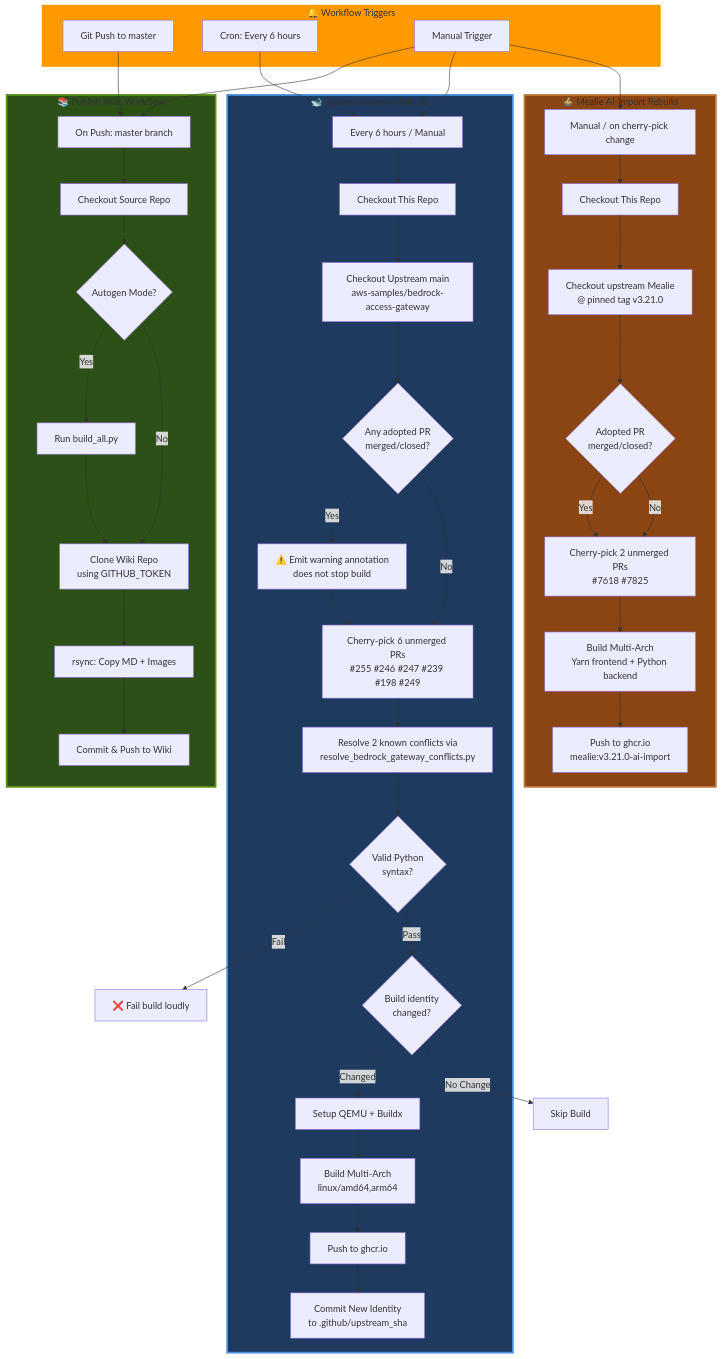
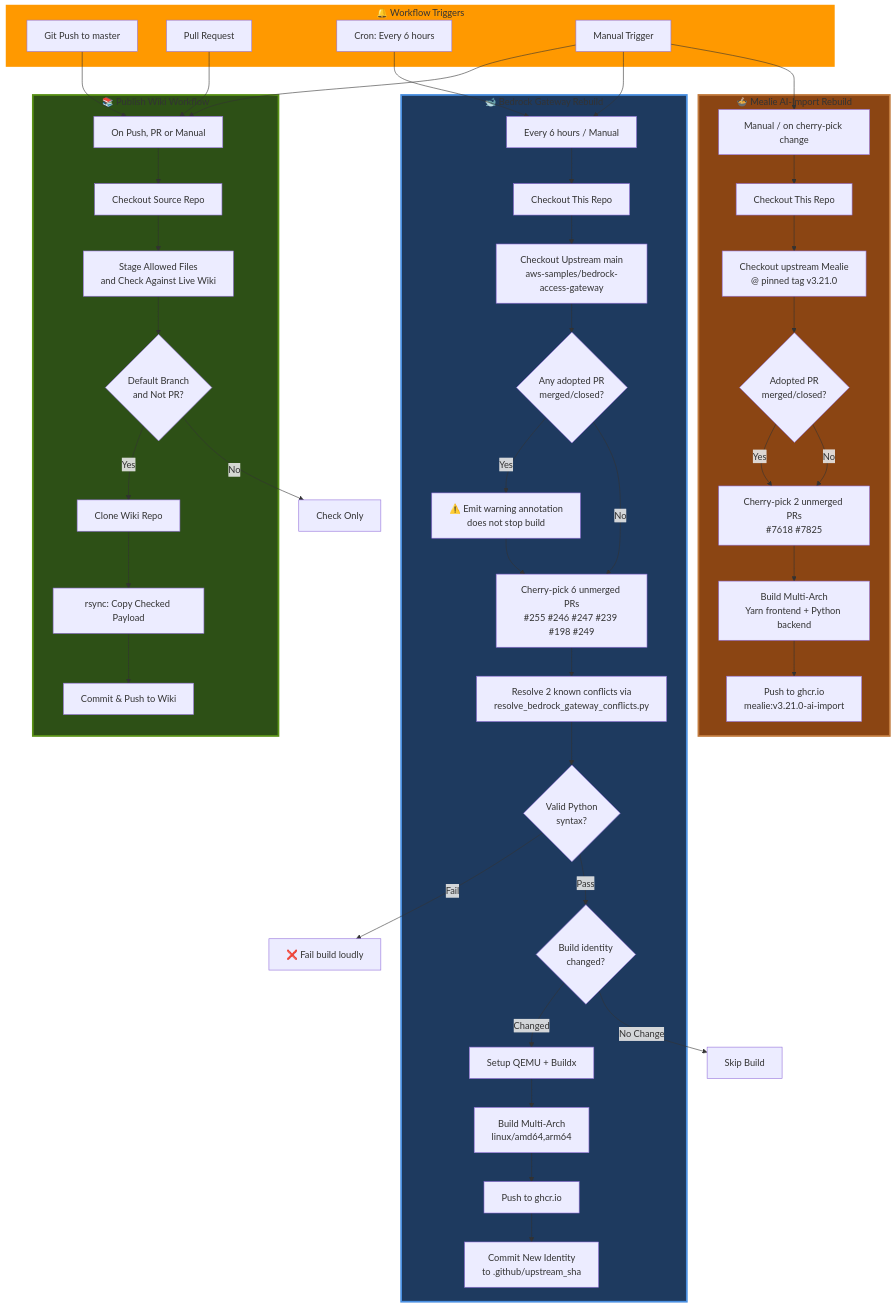
Before and after one commit to seadogger-tech/seadogger-homelab: the first of 5 diagrams in docs/wiki/15-CI-CD-and-GitHub-Actions.md, drawn with Mermaid. The commit also changed other lines of this file and 7 other files, not shown here.

Commit message:
ci(core): publish only checked wiki payload

```diff
--- a/docs/wiki/15-CI-CD-and-GitHub-Actions.md
+++ b/docs/wiki/15-CI-CD-and-GitHub-Actions.md
@@ -22,17 +22,18 @@
 graph TB
     subgraph Triggers["🔔 Workflow Triggers"]
         Push[Git Push to master]
+        PR[Pull Request]
         Schedule[Cron: Every 6 hours]
         Manual[Manual Trigger]
     end
 
     subgraph WikiFlow["📚 Publish Wiki Workflow"]
-        WikiTrigger[On Push: master branch]
+        WikiTrigger[On Push, PR or Manual]
         Checkout1[Checkout Source Repo]
-        BuildCheck{Autogen Mode?}
-        BuildScript[Run build_all.py]
-        CloneWiki[Clone Wiki Repo<br/>using GITHUB_TOKEN]
-        Rsync[rsync: Copy MD + Images]
+        Preflight[Stage Allowed Files<br/>and Check Against Live Wiki]
+        PublishCheck{Default Branch<br/>and Not PR?}
+        CloneWiki[Clone Wiki Repo]
+        Rsync[rsync: Copy Checked Payload]
         CommitWiki[Commit & Push to Wiki]
     end
 
@@ -63,16 +64,17 @@
     end
 
     Push --> WikiTrigger
+    PR --> WikiTrigger
     Manual --> WikiTrigger
     Schedule --> BedrockTrigger
     Manual --> BedrockTrigger
     Manual --> MealieTrigger
 
     WikiTrigger --> Checkout1
-    Checkout1 --> BuildCheck
-    BuildCheck -->|Yes| BuildScript
-    BuildCheck -->|No| CloneWiki
-    BuildScript --> CloneWiki
+    Checkout1 --> Preflight
+    Preflight --> PublishCheck
+    PublishCheck -->|Yes| CloneWiki
+    PublishCheck -->|No| CheckDone[Check Only]
     CloneWiki --> Rsync
     Rsync --> CommitWiki
 
```
